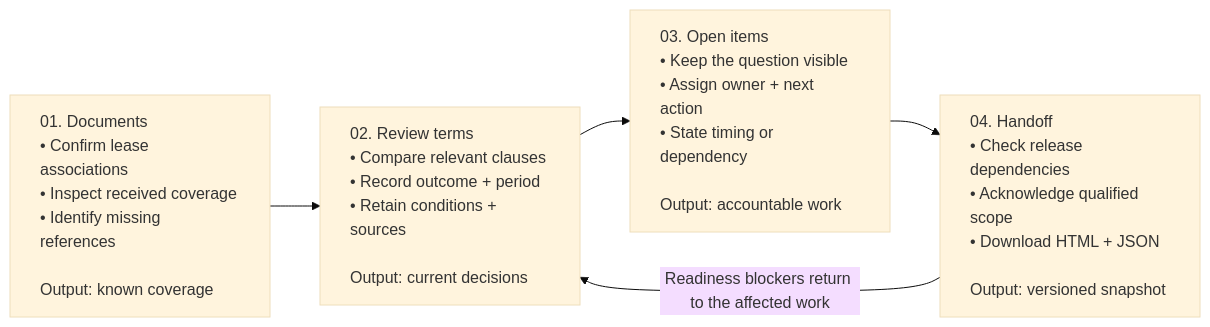
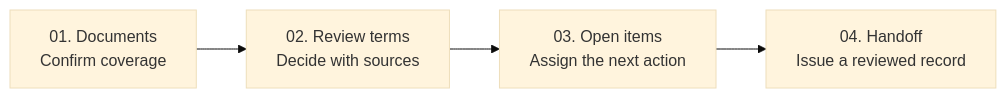
The first of 2 diagrams in src/content/projects/stratis.md (IrfanKurnia33/irfankurnia-com-portfolio), drawn with Mermaid (base theme) before and after one commit. The commit also changed other lines of this file and 30 other files, not shown here.

````diff
--- a/src/content/projects/stratis.md
+++ b/src/content/projects/stratis.md
@@ -125,30 +72,8 @@
 ```mermaid
-    flowchart LR
-        A["<div style='text-align: left;'>01. Documents
-    • Confirm lease associations
-    • Inspect received coverage
-    • Identify missing references
-
-    Output: known coverage</div>"]
-        B["<div style='text-align: left;'>02. Review terms
-    • Compare relevant clauses
-    • Record outcome + period
-    • Retain conditions + sources
-
-    Output: current decisions</div>"]
-        C["<div style='text-align: left;'>03. Open items
-    • Keep the question visible
-    • Assign owner + next action
-    • State timing or dependency
-
-    Output: accountable work</div>"]
-        D["<div style='text-align: left;'>04. Handoff
-    • Check release dependencies
-    • Acknowledge qualified scope
-    • Download HTML + JSON
-
-    Output: versioned snapshot</div>"]
-
-        A --> B --> C --> D
-        D -->|Readiness blockers return to the affected work| B
+flowchart LR
+  accTitle: Amendment review workflow
+  accDescr: Confirm document coverage, review terms against sources, assign unresolved work, and issue a qualified handoff.
+  A["01. Documents<br/>Confirm coverage"] --> B["02. Review terms<br/>Decide with sources"]
+  B --> C["03. Open items<br/>Assign the next action"]
+  C --> D["04. Handoff<br/>Issue a reviewed record"]
 ```
````
